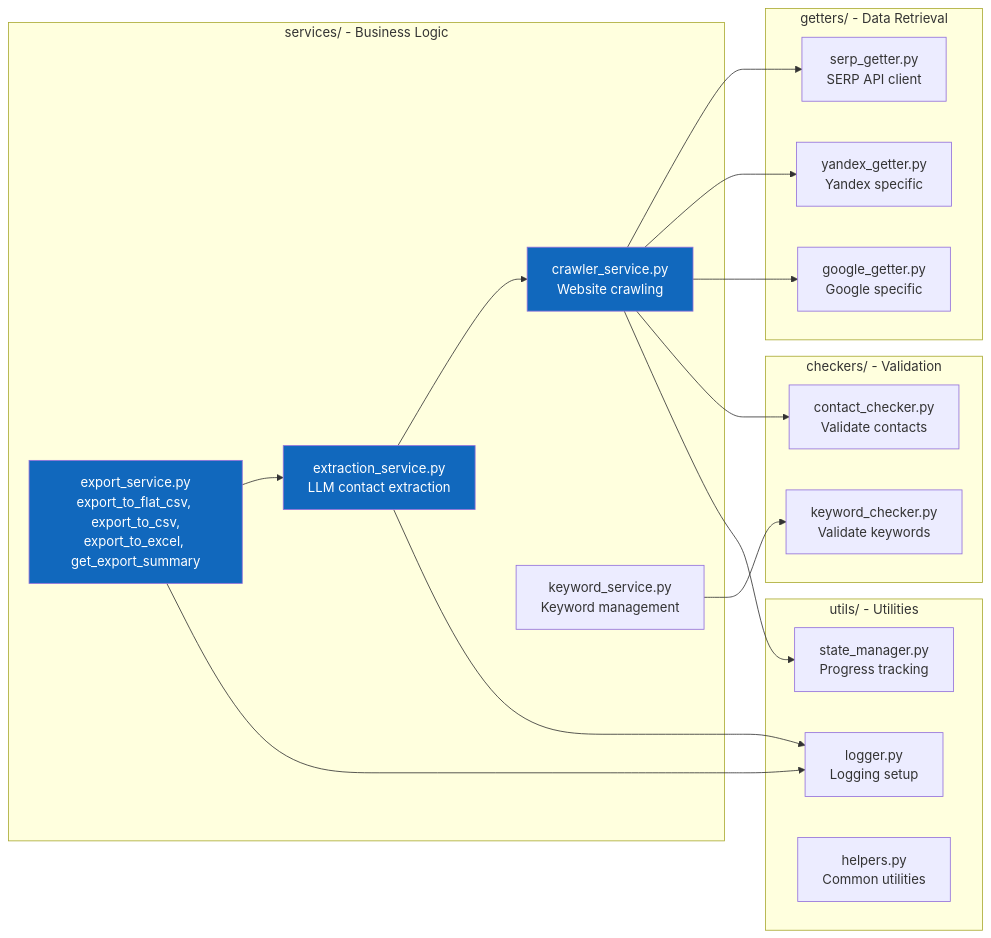
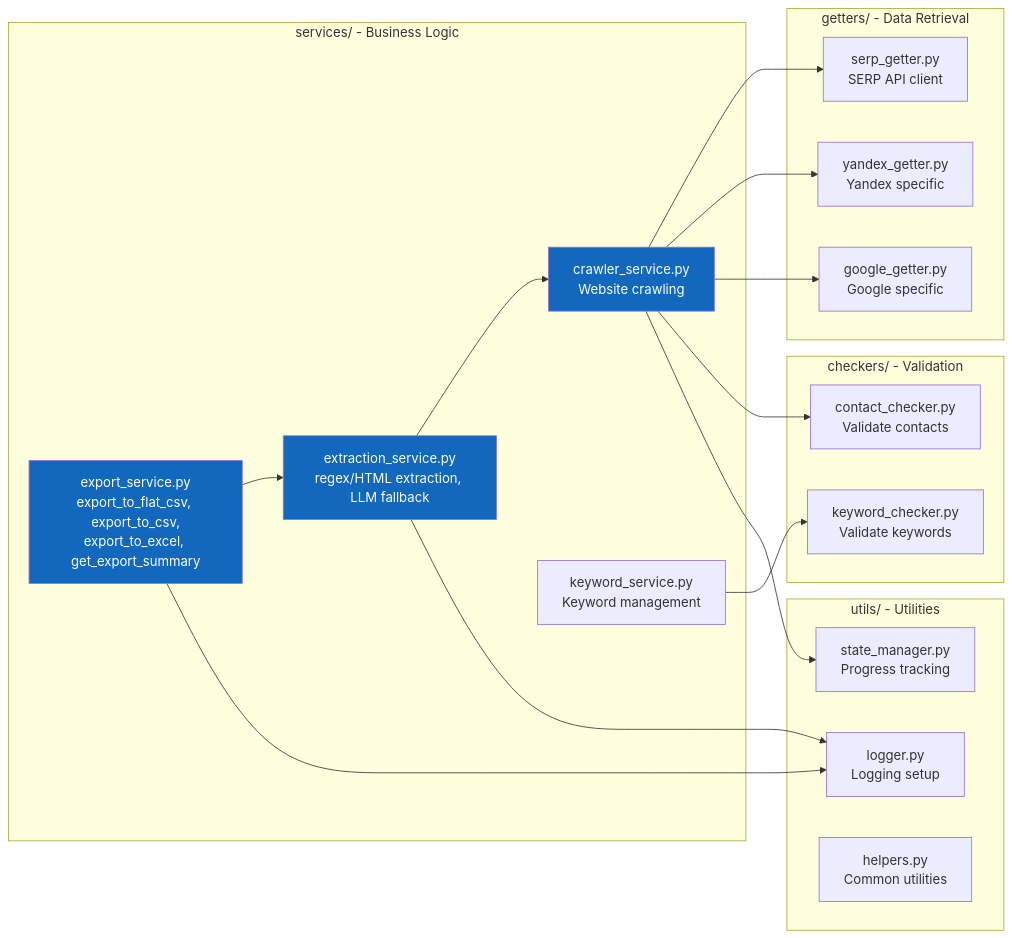
One commit to hauptmann1971/b2b-contact-miner changed the sixth of 8 diagrams in doc/C4_ARCHITECTURE.md. Above: the diagram before and after it, drawn with Mermaid. The commit also changed other lines of this file and 1 other file, not shown here.

Commit message:
docs(c4): document regex-first extraction with LLM fallback

````diff
--- a/doc/C4_ARCHITECTURE.md
+++ b/doc/C4_ARCHITECTURE.md
@@ -258,44 +258,44 @@
 ```mermaid
 graph LR
     subgraph "services/ - Business Logic"
         CrawlerService[crawler_service.py<br/>Website crawling]
-        ExtractionService[extraction_service.py<br/>LLM contact extraction]
+        ExtractionService[extraction_service.py<br/>regex/HTML extraction, LLM fallback]
         ExportService[export_service.py<br/>export_to_flat_csv, export_to_csv,<br/>export_to_excel, get_export_summary]
         KeywordService[keyword_service.py<br/>Keyword management]
     end
     
     subgraph "getters/ - Data Retrieval"
         SERPGetter[serp_getter.py<br/>SERP API client]
         YandexGetter[yandex_getter.py<br/>Yandex specific]
         GoogleGetter[google_getter.py<br/>Google specific]
     end
     
     subgraph "checkers/ - Validation"
         KeywordChecker[keyword_checker.py<br/>Validate keywords]
         ContactChecker[contact_checker.py<br/>Validate contacts]
     end
     
     subgraph "utils/ - Utilities"
         StateManager[state_manager.py<br/>Progress tracking]
         Logger[logger.py<br/>Logging setup]
         Helpers[helpers.py<br/>Common utilities]
     end
     
     CrawlerService --> SERPGetter
     CrawlerService --> YandexGetter
     CrawlerService --> GoogleGetter
     
     ExtractionService --> CrawlerService
     ExportService --> ExtractionService
     
     KeywordService --> KeywordChecker
     CrawlerService --> ContactChecker
     
     CrawlerService --> StateManager
     ExtractionService --> Logger
     ExportService --> Logger
     
     style CrawlerService fill:#1168bd,color:#fff
     style ExtractionService fill:#1168bd,color:#fff
     style ExportService fill:#1168bd,color:#fff
 ```
````
